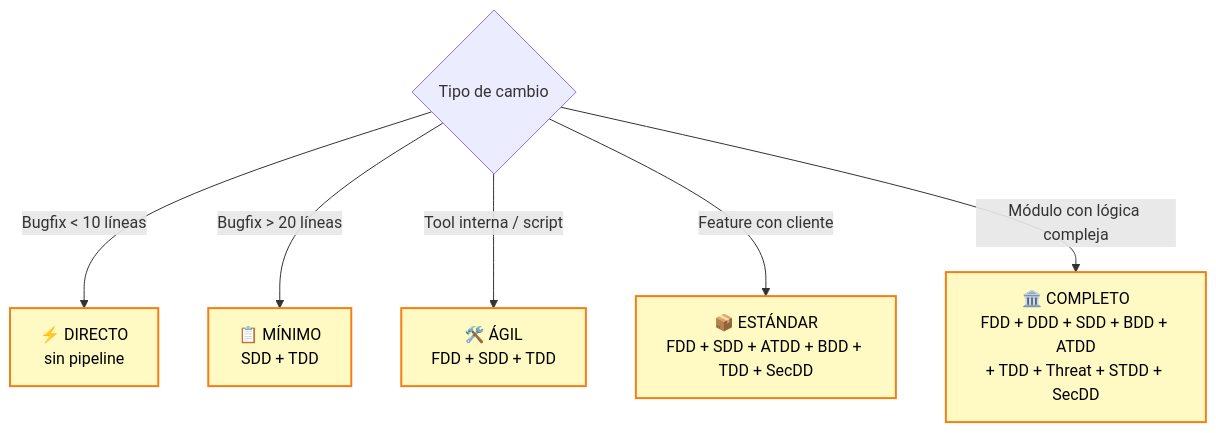
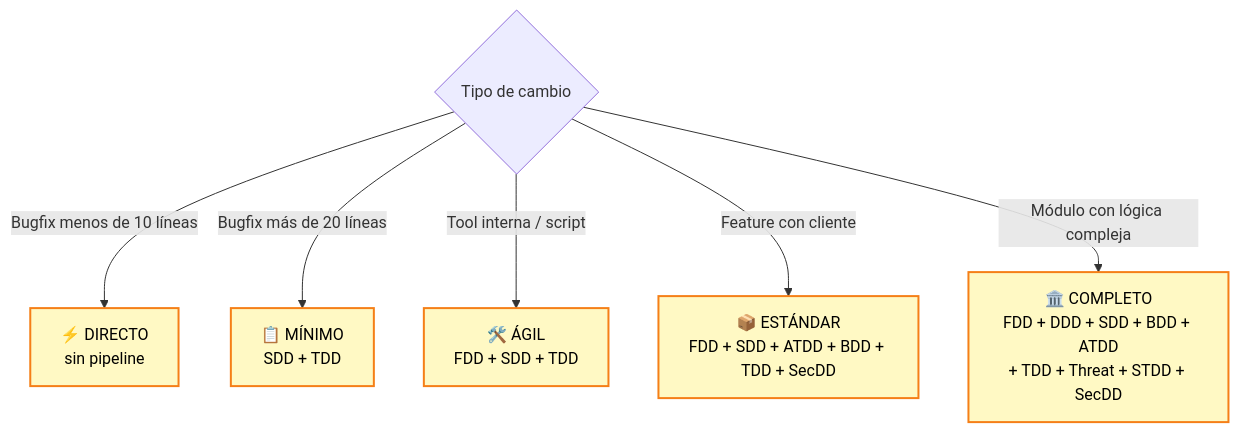
Before and after one commit to Cucholambr3ta/x-dd: the ninth of 10 diagrams in README.md, drawn with Mermaid. The commit also changed other lines of this file and 2 other files, not shown here.

First line of the commit message:
fix(readme): i18n multi-idioma + español neutro + Mermaid nodes quoted

````diff
--- a/README.md
+++ b/README.md
@@ -395,11 +396,11 @@
 ```mermaid
 flowchart TD
-    START{Tipo de cambio} -->|Bugfix < 10 líneas| DIR[⚡ DIRECTO<br/>sin pipeline]
-    START -->|Bugfix > 20 líneas| MIN[📋 MÍNIMO<br/>SDD + TDD]
-    START -->|Tool interna / script| AGI[🛠️ ÁGIL<br/>FDD + SDD + TDD]
-    START -->|Feature con cliente| STD[📦 ESTÁNDAR<br/>FDD + SDD + ATDD + BDD + TDD + SecDD]
-    START -->|Módulo con lógica compleja| FULL[🏛️ COMPLETO<br/>FDD + DDD + SDD + BDD + ATDD<br/>+ TDD + Threat + STDD + SecDD]
+    START{"Tipo de cambio"} -->|"Bugfix menos de 10 líneas"| DIR["⚡ DIRECTO<br/>sin pipeline"]
+    START -->|"Bugfix más de 20 líneas"| MIN["📋 MÍNIMO<br/>SDD + TDD"]
+    START -->|"Tool interna / script"| AGI["🛠️ ÁGIL<br/>FDD + SDD + TDD"]
+    START -->|"Feature con cliente"| STD["📦 ESTÁNDAR<br/>FDD + SDD + ATDD + BDD + TDD + SecDD"]
+    START -->|"Módulo con lógica compleja"| FULL["🏛️ COMPLETO<br/>FDD + DDD + SDD + BDD + ATDD<br/>+ TDD + Threat + STDD + SecDD"]
 
     classDef path fill:#fff9c4,stroke:#f57f17,color:#000,stroke-width:2px
     class DIR,MIN,AGI,STD,FULL path
 ```
````
